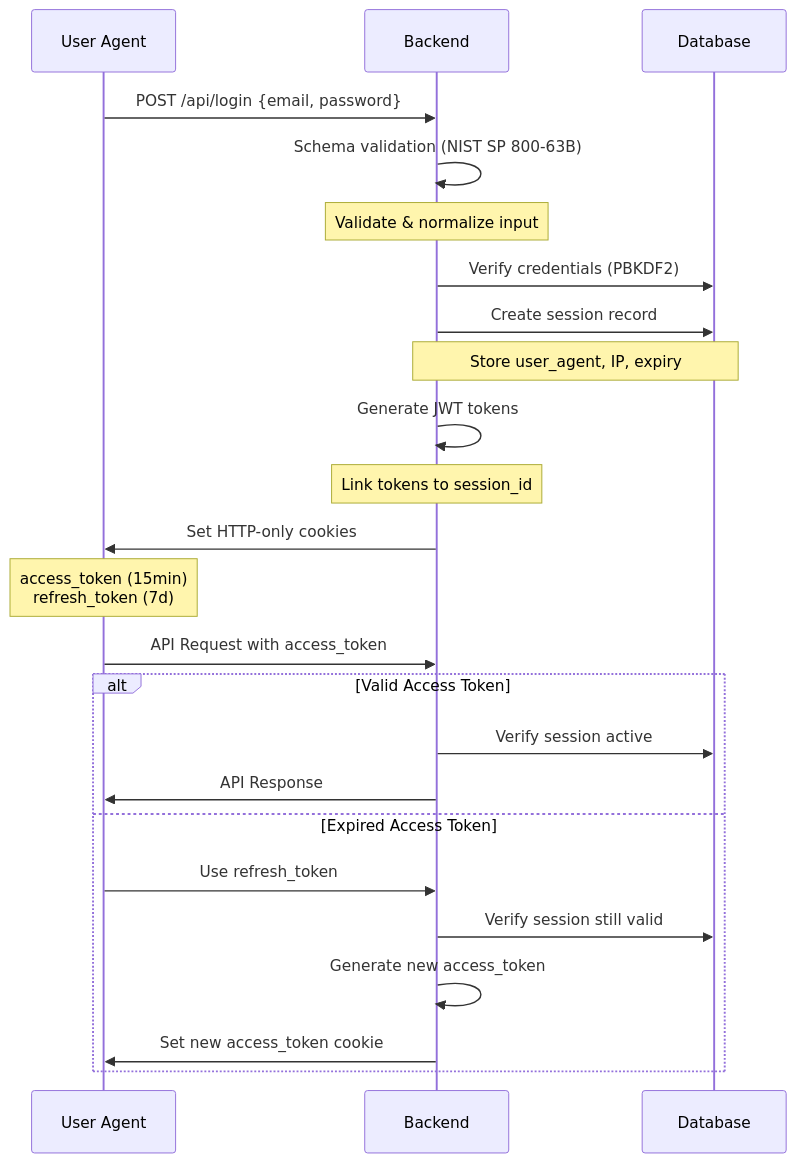
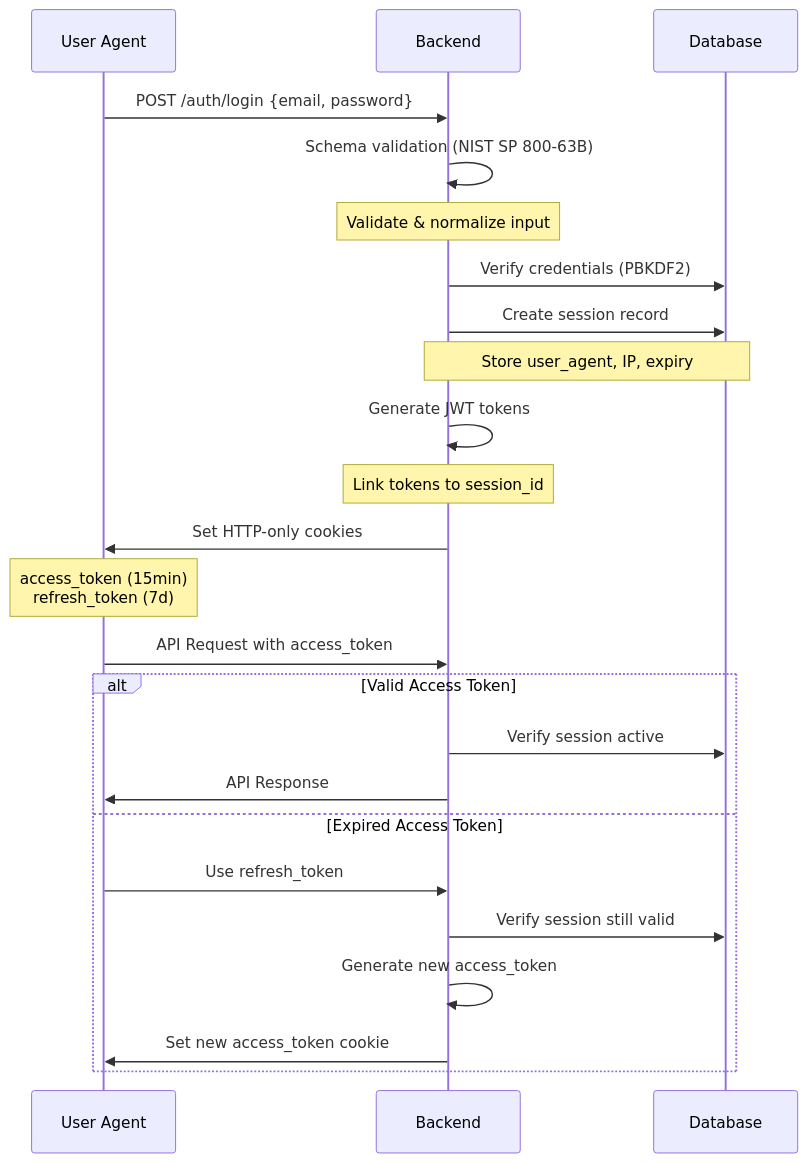
The first of 2 diagrams in docs/adr/001-auth-implementation.md (vhscom/private-landing), drawn with Mermaid before and after one commit. The commit also changed 17 other files, not shown here.

````diff
--- a/docs/adr/001-auth-implementation.md
+++ b/docs/adr/001-auth-implementation.md
@@ -80,33 +80,33 @@
 ```mermaid
 sequenceDiagram
   participant U as User Agent
   participant B as Backend
   participant DB as Database
 
-  U->>B: POST /api/login {email, password}
+  U->>B: POST /auth/login {email, password}
   B->>B: Schema validation (NIST SP 800-63B)
   Note over B: Validate & normalize input
 
   B->>DB: Verify credentials (PBKDF2)
 
   B->>DB: Create session record
   Note over B,DB: Store user_agent, IP, expiry
 
   B->>B: Generate JWT tokens
   Note over B: Link tokens to session_id
 
   B->>U: Set HTTP-only cookies
   Note over U: access_token (15min)<br/>refresh_token (7d)
 
   U->>B: API Request with access_token
 
   alt Valid Access Token
     B->>DB: Verify session active
     B->>U: API Response
   else Expired Access Token
     U->>B: Use refresh_token
     B->>DB: Verify session still valid
     B->>B: Generate new access_token
     B->>U: Set new access_token cookie
   end
 ```
````
